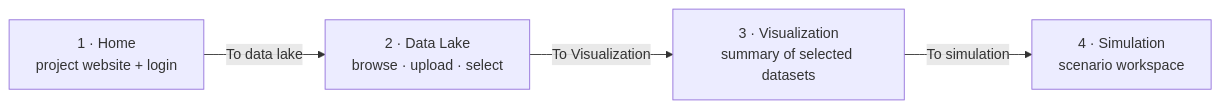
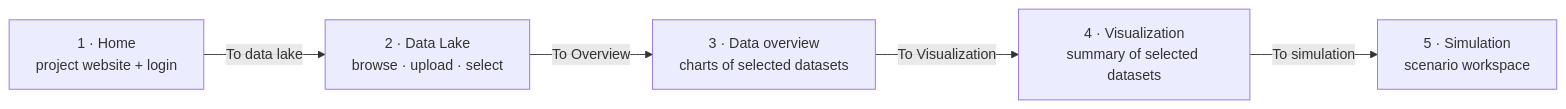
The diagram in README.md (InGenious-2026-VK/VK-simulator), drawn with Mermaid before and after one commit. The commit also changed other lines of this file and 39 other files, not shown here.

First line of the commit message:
Add data overview window between Data Lake and Visualization

````diff
--- a/README.md
+++ b/README.md
@@ -21,6 +21,7 @@
 ```mermaid
 flowchart LR
     H["1 · Home<br/>project website + login"] -- "To data lake" --> D["2 · Data Lake<br/>browse · upload · select"]
-    D -- "To Visualization" --> V["3 · Visualization<br/>summary of selected datasets"]
-    V -- "To simulation" --> S["4 · Simulation<br/>scenario workspace"]
+    D -- "To Overview" --> O["3 · Data overview<br/>charts of selected datasets"]
+    O -- "To Visualization" --> V["4 · Visualization<br/>summary of selected datasets"]
+    V -- "To simulation" --> S["5 · Simulation<br/>scenario workspace"]
 ```
````
